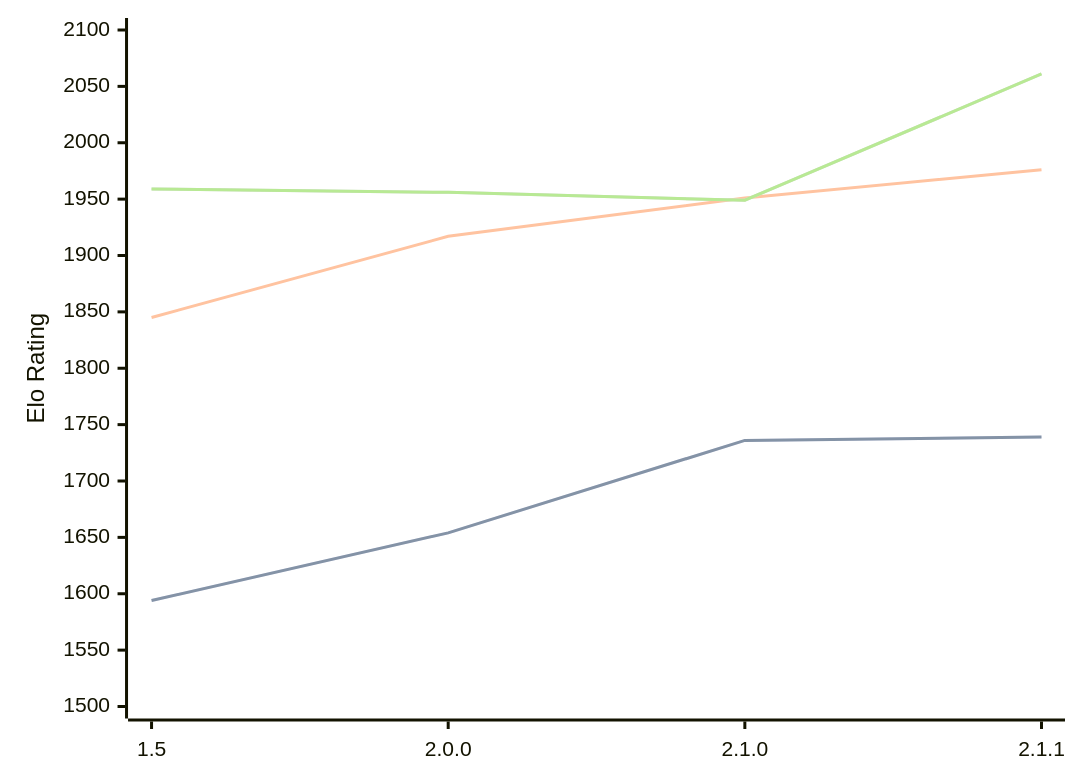
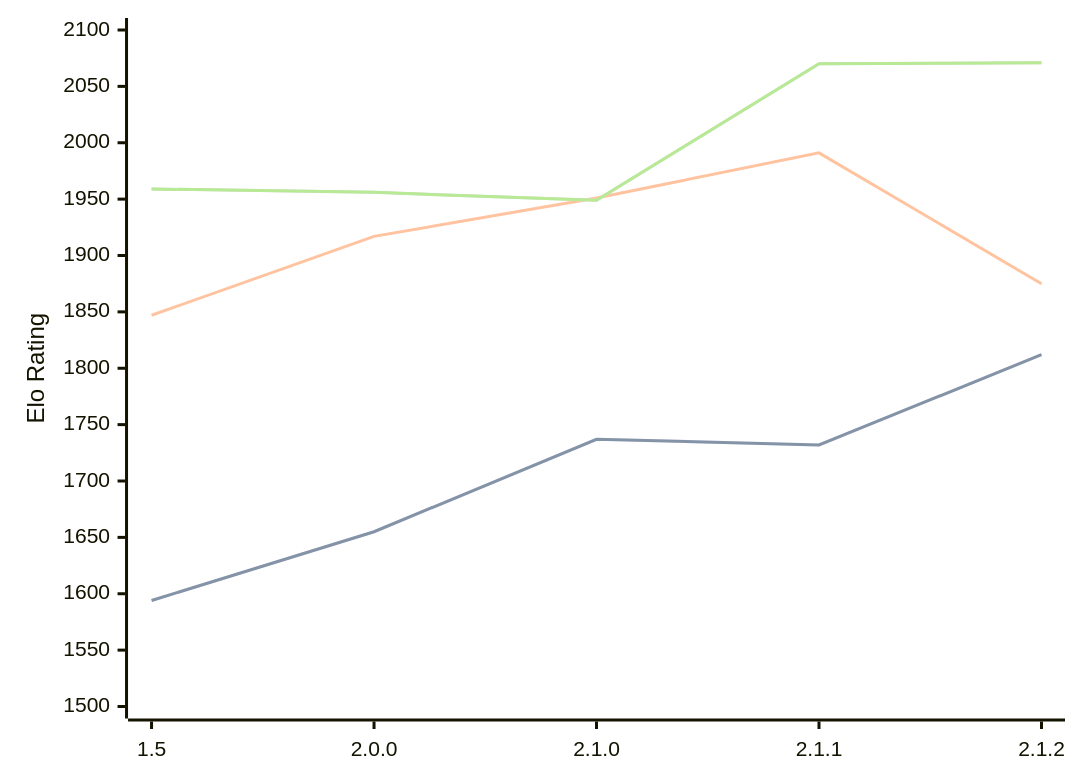
The diagram in engines/Rudim.md (computer-chess-index/cci), drawn with Mermaid before and after one commit. The commit also changed other lines of this file, not shown here.

Commit message:
Update CCI Ratings (ELO VLTC) - 2026-05-21

````diff
--- a/engines/Rudim.md
+++ b/engines/Rudim.md
@@ -39,11 +40,11 @@
 ```mermaid
 %%{init: {"theme":"base","themeVariables":{"seriesColors:['#a3a3a3','#222221','#faa371']}}}%%
 xychart-beta
-  x-axis ["1.5", "2.0.0", "2.1.0", "2.1.1"]
+  x-axis ["1.5", "2.0.0", "2.1.0", "2.1.1", "2.1.2"]
   y-axis "Elo Rating" 1500 --> 2100
-  line "STC (8.0+0.08s)" [1594, 1654, 1736, 1739]
-  line "STC (8.0+0.08s)" [1594, 1654, 1736, 1739]
-  line "LTC (60.0+0.60s)" [1845, 1917, 1951, 1976]
-  line "VLTC (2m24s+1.12s)" [1959, 1956, 1949, 2061]
-  line "VLTC (2m24s+1.12s)" [1959, 1956, 1949, 2061]
+  line "STC (8.0+0.08s)" [1594, 1655, 1737, 1732, 1812]
+  line "STC (8.0+0.08s)" [1594, 1655, 1737, 1732, 1812]
+  line "LTC (60.0+0.60s)" [1847, 1917, 1951, 1991, 1875]
+  line "VLTC (2m24s+1.12s)" [1959, 1956, 1949, 2070, 2071]
+  line "VLTC (2m24s+1.12s)" [1959, 1956, 1949, 2070, 2071]
 ```
````
